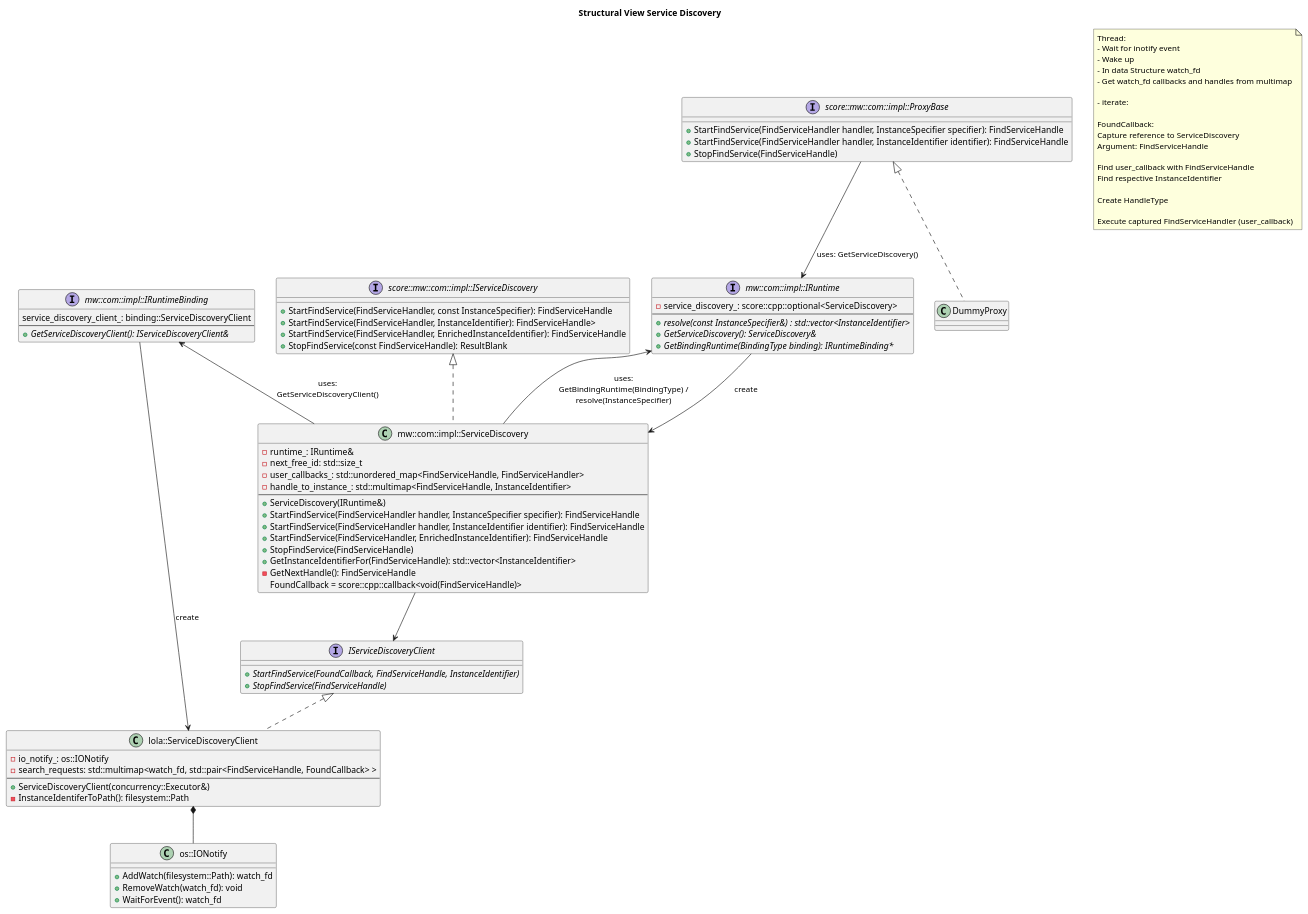
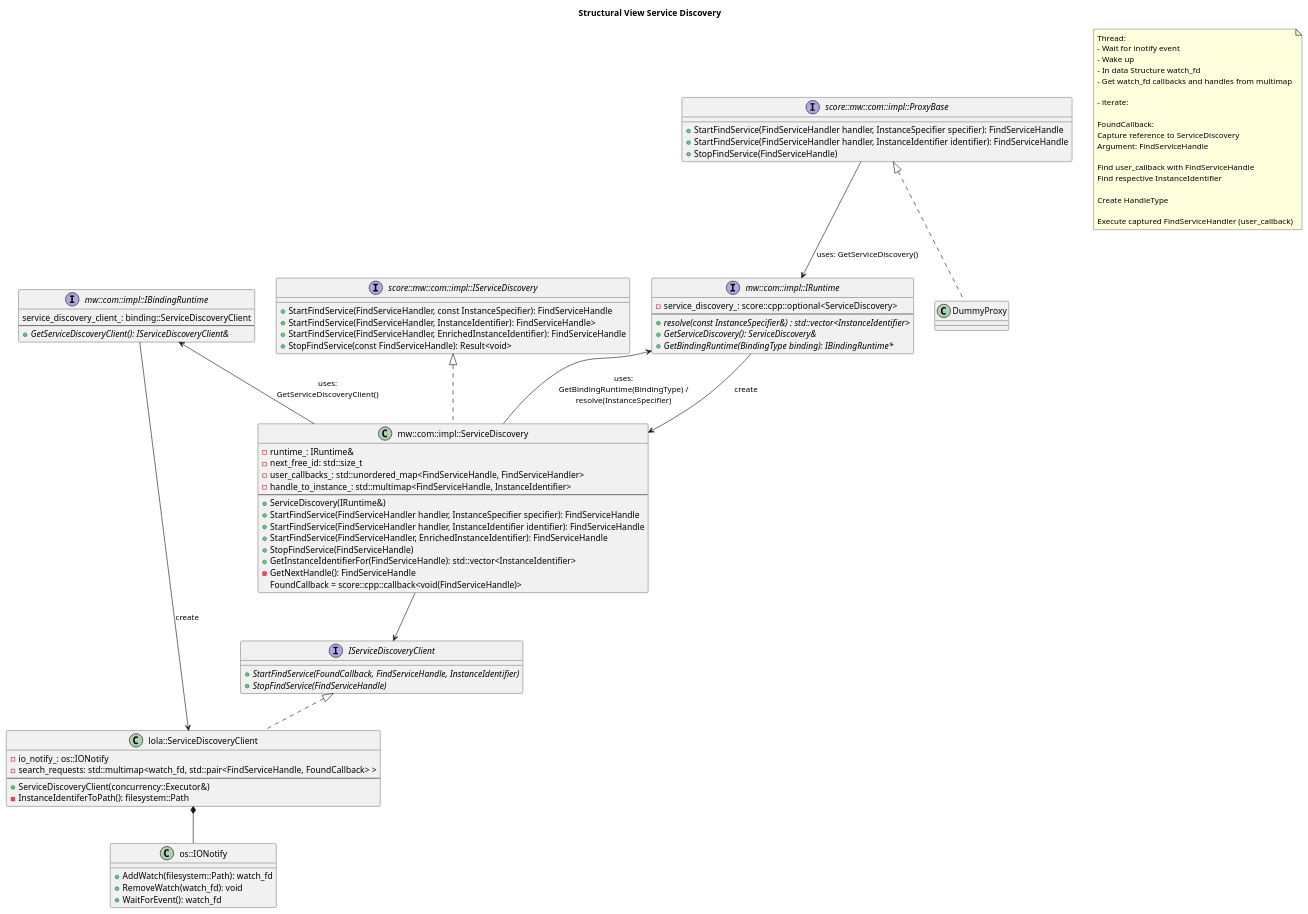
Before and after one commit to eclipse-score/communication: the diagram in score/mw/com/design/service_discovery/structural_view.puml, drawn with PlantUML. The commit also changed 163 other files, not shown here.

Commit message:
Use Result<void> directly instead of aliases

```diff
--- a/score/mw/com/design/service_discovery/structural_view.puml
+++ b/score/mw/com/design/service_discovery/structural_view.puml
@@ -1,101 +1,101 @@
 @startuml structural_view_service_discovery
 title "Structural View Service Discovery"
 
 interface "mw::com::impl::IRuntime" as IRuntime {
   - service_discovery_: score::cpp::optional<ServiceDiscovery>
   --
   + {abstract} resolve(const InstanceSpecifier&) : std::vector<InstanceIdentifier>
   + {abstract} GetServiceDiscovery(): ServiceDiscovery&
-  + {abstract} GetBindingRuntime(BindingType binding): IRuntimeBinding*
+  + {abstract} GetBindingRuntime(BindingType binding): IBindingRuntime*
 }
 
 class "mw::com::impl::ServiceDiscovery" as ServiceDiscovery {
   - runtime_: IRuntime&
   - next_free_id: std::size_t
   - user_callbacks_: std::unordered_map<FindServiceHandle, FindServiceHandler>
   - handle_to_instance_: std::multimap<FindServiceHandle, InstanceIdentifier>
   --
   + ServiceDiscovery(IRuntime&)
   + StartFindService(FindServiceHandler handler, InstanceSpecifier specifier): FindServiceHandle
   + StartFindService(FindServiceHandler handler, InstanceIdentifier identifier): FindServiceHandle
   + StartFindService(FindServiceHandler, EnrichedInstanceIdentifier): FindServiceHandle
   + StopFindService(FindServiceHandle)
   + GetInstanceIdentifierFor(FindServiceHandle): std::vector<InstanceIdentifier>
   - GetNextHandle(): FindServiceHandle
   FoundCallback = score::cpp::callback<void(FindServiceHandle)>
 }
 
 class "lola::ServiceDiscoveryClient" as ServiceDiscoveryClient {
   - io_notify_: os::IONotify
   - search_requests: std::multimap<watch_fd, std::pair<FindServiceHandle, FoundCallback> >
   --
   + ServiceDiscoveryClient(concurrency::Executor&)
   - InstanceIdentiferToPath(): filesystem::Path
 }
 
-interface "mw::com::impl::IRuntimeBinding" as IRuntimeBinding {
+interface "mw::com::impl::IBindingRuntime" as IBindingRuntime {
   service_discovery_client_: binding::ServiceDiscoveryClient
   --
   + {abstract} GetServiceDiscoveryClient(): IServiceDiscoveryClient&
 }
 
 interface "score::mw::com::impl::ProxyBase" as ProxyBase {
   + StartFindService(FindServiceHandler handler, InstanceSpecifier specifier): FindServiceHandle
   + StartFindService(FindServiceHandler handler, InstanceIdentifier identifier): FindServiceHandle
   + StopFindService(FindServiceHandle)
 }
 
 interface "IServiceDiscoveryClient" as IServiceDiscoveryClient {
   + {abstract} StartFindService(FoundCallback, FindServiceHandle, InstanceIdentifier)
   + {abstract} StopFindService(FindServiceHandle)
 }
 
 class "DummyProxy" as DummyProxy {
 }
 
 interface "score::mw::com::impl::IServiceDiscovery" as IServiceDiscovery {
   + StartFindService(FindServiceHandler, const InstanceSpecifier): FindServiceHandle
   + StartFindService(FindServiceHandler, InstanceIdentifier): FindServiceHandle>
   + StartFindService(FindServiceHandler, EnrichedInstanceIdentifier): FindServiceHandle
-  + StopFindService(const FindServiceHandle): ResultBlank
+  + StopFindService(const FindServiceHandle): Result<void>
 }
 
 class "os::IONotify" as IONotify {
   + AddWatch(filesystem::Path): watch_fd
   + RemoveWatch(watch_fd): void
   + WaitForEvent(): watch_fd
 }
 
 IRuntime --> ServiceDiscovery : "create"
 ProxyBase --> IRuntime : "uses: GetServiceDiscovery()"
 IServiceDiscoveryClient <|.. ServiceDiscoveryClient
-IRuntimeBinding --> ServiceDiscoveryClient : "create"
+IBindingRuntime --> ServiceDiscoveryClient : "create"
 ServiceDiscovery --> IServiceDiscoveryClient
 IRuntime <-- ServiceDiscovery : "uses:\nGetBindingRuntime(BindingType) /\nresolve(InstanceSpecifier)"
-IRuntimeBinding <-- ServiceDiscovery : "uses:\nGetServiceDiscoveryClient()"
+IBindingRuntime <-- ServiceDiscovery : "uses:\nGetServiceDiscoveryClient()"
 ServiceDiscoveryClient *-- IONotify
 ProxyBase <|.. DummyProxy
 IServiceDiscovery <|.. ServiceDiscovery
 
 note as N1
 Thread:
 - Wait for inotify event
 - Wake up
 - In data Structure watch_fd
 - Get watch_fd callbacks and handles from multimap
 
 - iterate:
 
 FoundCallback:
 Capture reference to ServiceDiscovery
 Argument: FindServiceHandle
 
 Find user_callback with FindServiceHandle
 Find respective InstanceIdentifier
 
 Create HandleType
 
 Execute captured FindServiceHandler (user_callback)
 end note
 
 @enduml
```
